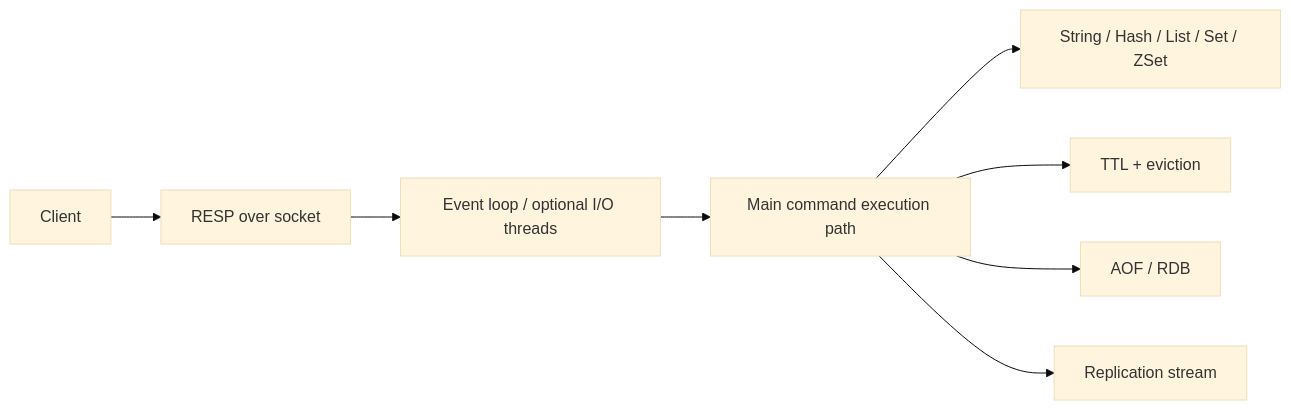
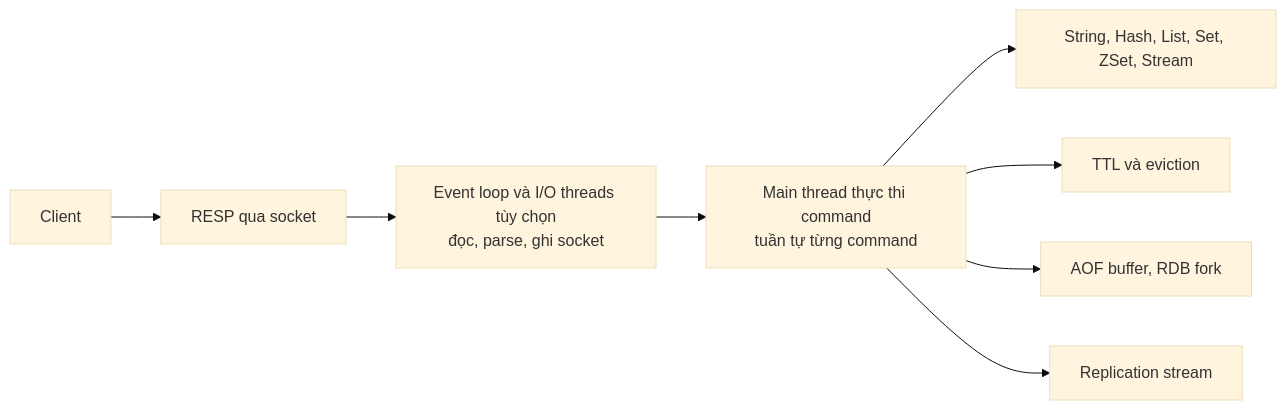
The first of 2 diagrams in python/knowledges/06-redis/redis-internals.md (HuyNguyen-FinX/Try_Hard), drawn with Mermaid (base theme) before and after one commit. The commit also changed other lines of this file and 139 other files, not shown here.

````diff
--- a/python/knowledges/06-redis/redis-internals.md
+++ b/python/knowledges/06-redis/redis-internals.md
@@ -155,10 +15,10 @@
 ```mermaid
 flowchart LR
-    Client --> Socket["RESP over socket"]
-    Socket --> IO["Event loop / optional I/O threads"]
-    IO --> Execute["Main command execution path"]
-    Execute --> Structures["String / Hash / List / Set / ZSet"]
-    Execute --> Expiry["TTL + eviction"]
-    Execute --> Persist["AOF / RDB"]
+    Client --> Socket["RESP qua socket"]
+    Socket --> IO["Event loop và I/O threads tùy chọn<br/>đọc, parse, ghi socket"]
+    IO --> Execute["Main thread thực thi command<br/>tuần tự từng command"]
+    Execute --> Structures["String, Hash, List, Set, ZSet, Stream"]
+    Execute --> Expiry["TTL và eviction"]
+    Execute --> Persist["AOF buffer, RDB fork"]
     Execute --> Replica["Replication stream"]
 ```
````
